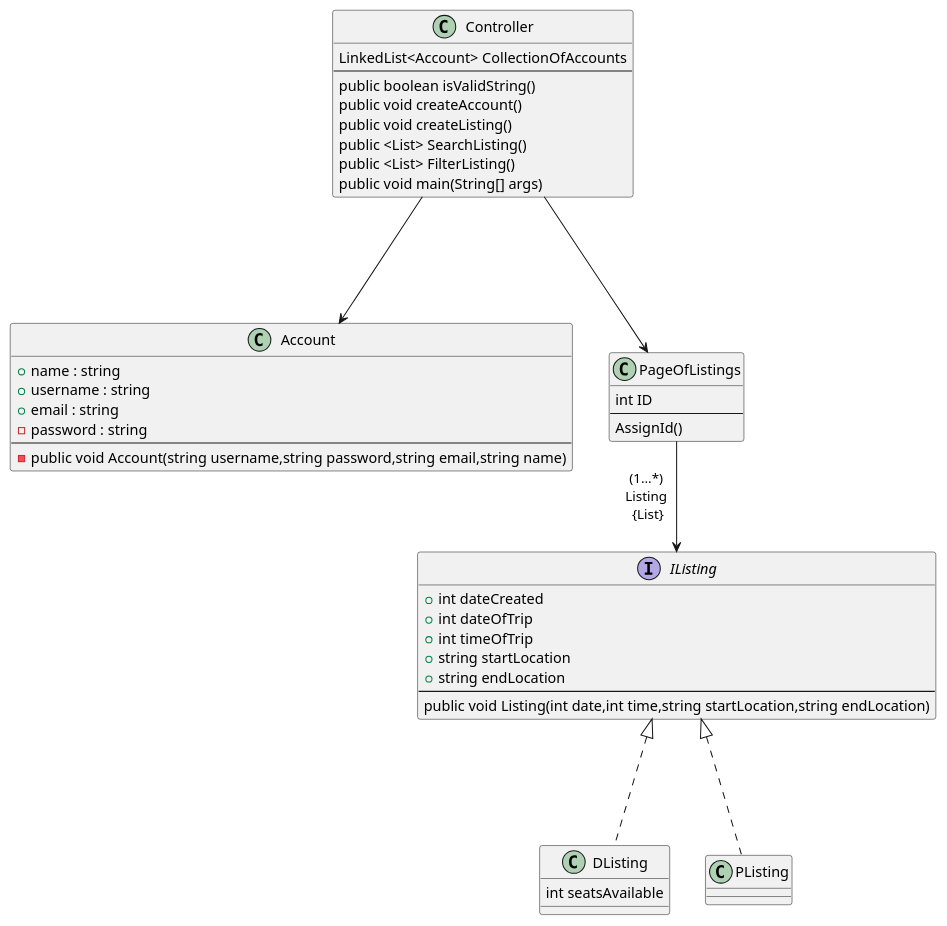
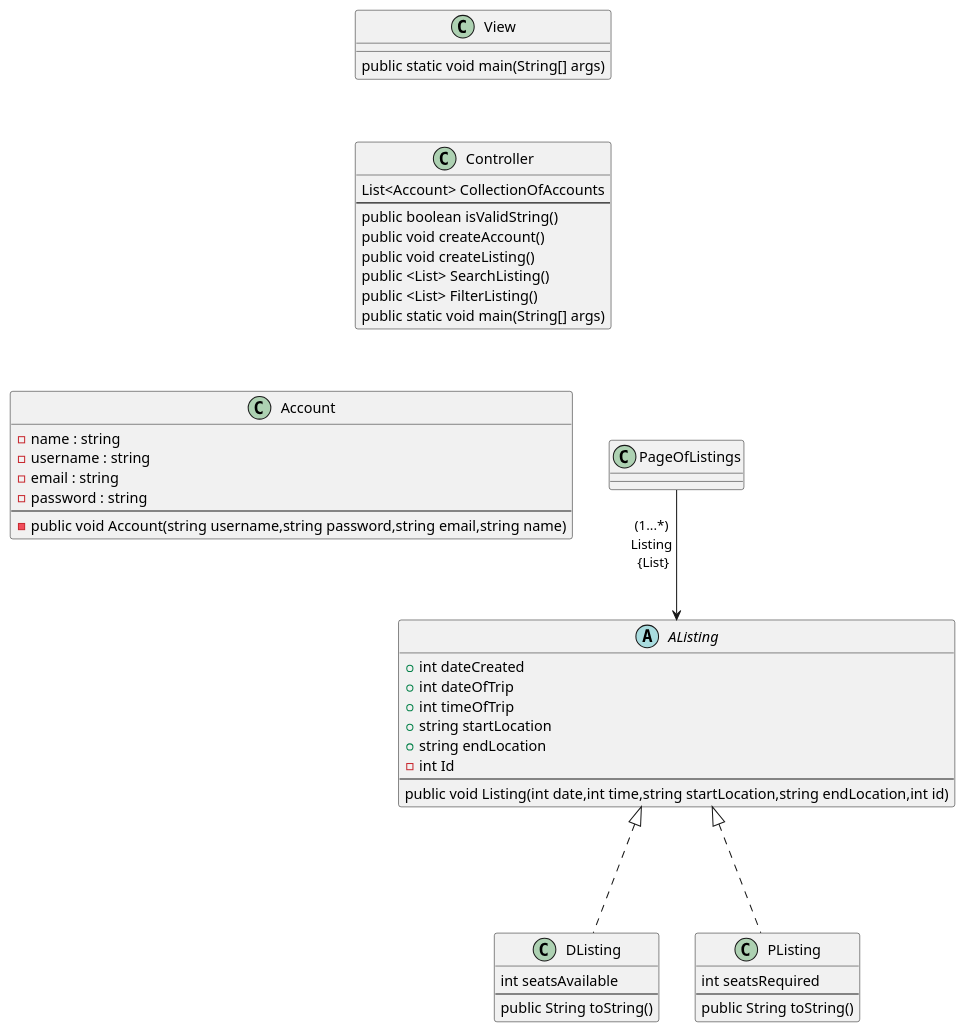
The fifth of 5 diagrams in doc/design.md (PriyaMulla/Carpool-Connect-VC), drawn with PlantUML before and after one commit. The commit also changed other lines of this file, not shown here.

Commit message:
Edited class diagram

````diff
--- a/doc/design.md
+++ b/doc/design.md
@@ -171,55 +171,63 @@
 ```plantuml
 @startuml
 
 class Account{
-+name : string
-+username : string
-+email : string
+-name : string
+-username : string
+-email : string
 -password : string
 --
 -public void Account(string username,string password,string email,string name)
 }
 
-interface IListing{
+abstract AListing{
 +int dateCreated
 +int dateOfTrip
 +int timeOfTrip
 +string startLocation
 +string endLocation
+-int Id
 --
-public void Listing(int date,int time,string startLocation,string endLocation)
+public void Listing(int date,int time,string startLocation,string endLocation,int id)
 }
 class DListing{
 int seatsAvailable
+--
+public String toString()
 }
 class PListing{
-
+int seatsRequired
+--
+public String toString()
 }
 class Controller{
-LinkedList<Account> CollectionOfAccounts 
+List<Account> CollectionOfAccounts 
 --
 public boolean isValidString()
 public void createAccount()
 public void createListing()
 public <List> SearchListing()
 public <List> FilterListing()
-public void main(String[] args)
+public static void main(String[] args)
 }
 class PageOfListings{
-int ID
---
-AssignId()
+
+}
+class View{
+ 
+public static void main(String[] args)
 }
 together {
 class Account
 class PageOfListings
 }
 'Association
-Controller ---> PageOfListings
-Controller ---> Account
-PageOfListings --> "\n(1...*)\nListing\n {List}\n\n\n" IListing : \t\t\t
-IListing <|... DListing
-IListing <|... PListing
+View --[hidden] Controller
+Controller -[hidden] PageOfListings
+Controller --[hidden] Account
+PageOfListings --> "\n(1...*)\nListing\n {List}\n\n\n" AListing : \t\t\t
+AListing <|... DListing
+AListing <|... PListing
 Account -[hidden] PageOfListings
 @enduml
 ```
````
